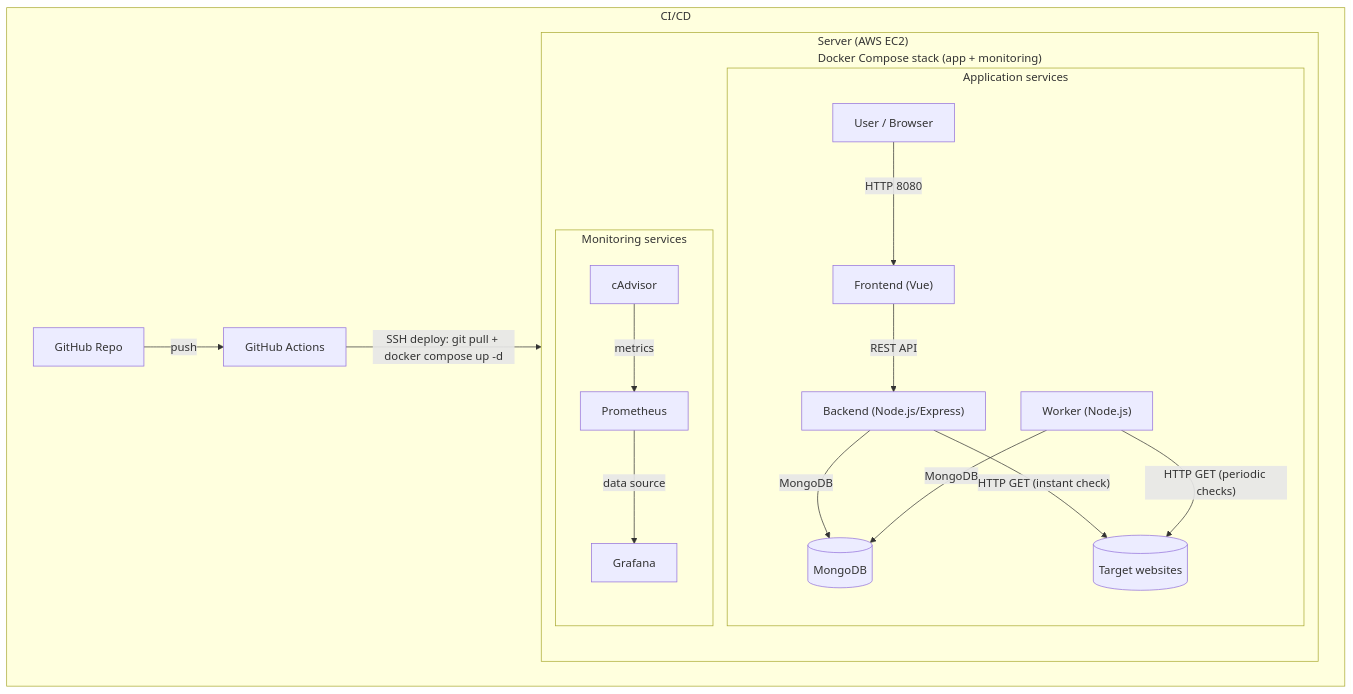
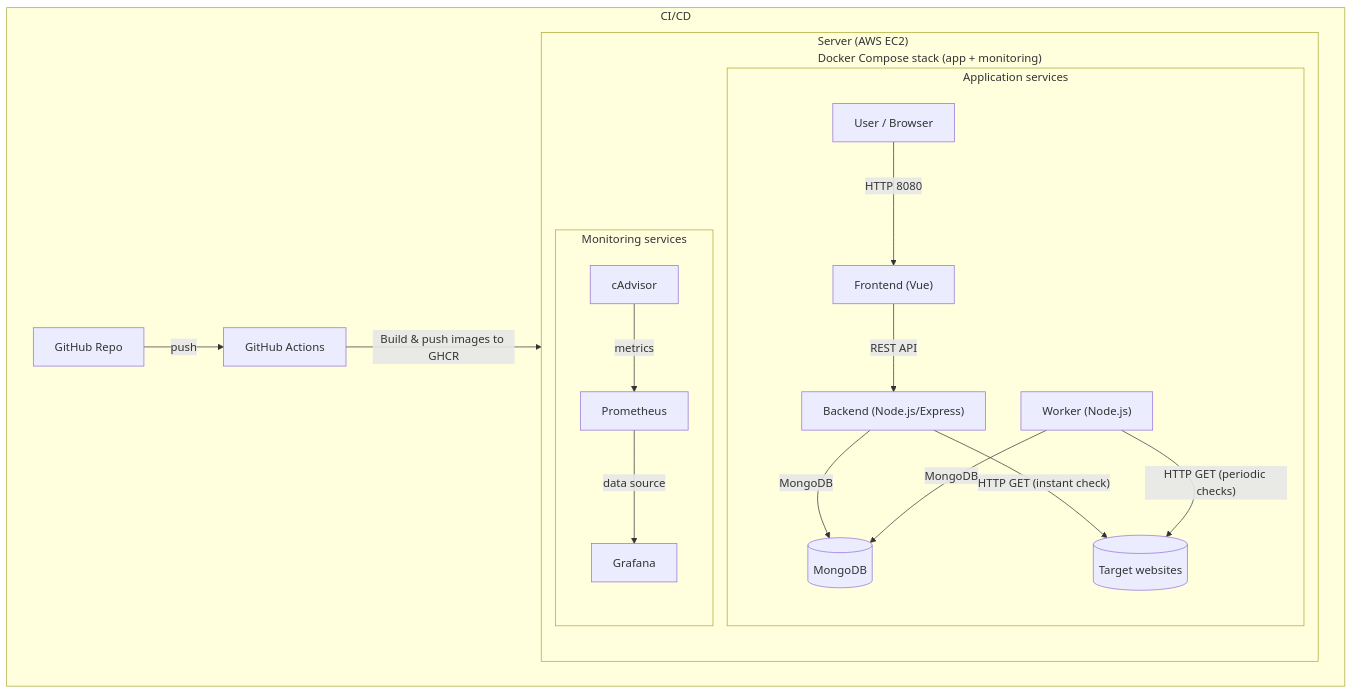
Before and after one commit to JT07616/checkHTMLapp: the diagram in Dokumentacija.md, drawn with Mermaid.

````diff
--- a/Dokumentacija.md
+++ b/Dokumentacija.md
@@ -50,31 +50,31 @@
 ```mermaid
 flowchart TB
 
 %% --- CI/CD ---
 subgraph CICD["CI/CD"]
   REPO["GitHub Repo"] -->|"push"| GA["GitHub Actions"]
-  GA -->|"SSH deploy: git pull + docker compose up -d"| S
+  GA -->|"Build & push images to GHCR"| S
 end
 
 %% --- Server + Docker stack ---
 subgraph S["Server (AWS EC2)
             Docker Compose stack (app + monitoring)"]
   direction TB
 
   subgraph APP["Application services"]
     direction LR
     U["User / Browser"] -->|"HTTP 8080"| FE["Frontend (Vue)"]
     FE -->|"REST API"| BE["Backend (Node.js/Express)"]
     BE -->|"MongoDB"| DB[("MongoDB")]
     W["Worker (Node.js)"] -->|"MongoDB"| DB
     BE -->|"HTTP GET (instant check)"| WWW[("Target websites")]
     W -->|"HTTP GET (periodic checks)"| WWW
   end
 
   subgraph MON["Monitoring services"]
     direction LR
     CA["cAdvisor"] -->|"metrics"| PR["Prometheus"]
     PR -->|"data source"| GR["Grafana"]
   end
 end
 ```
````
